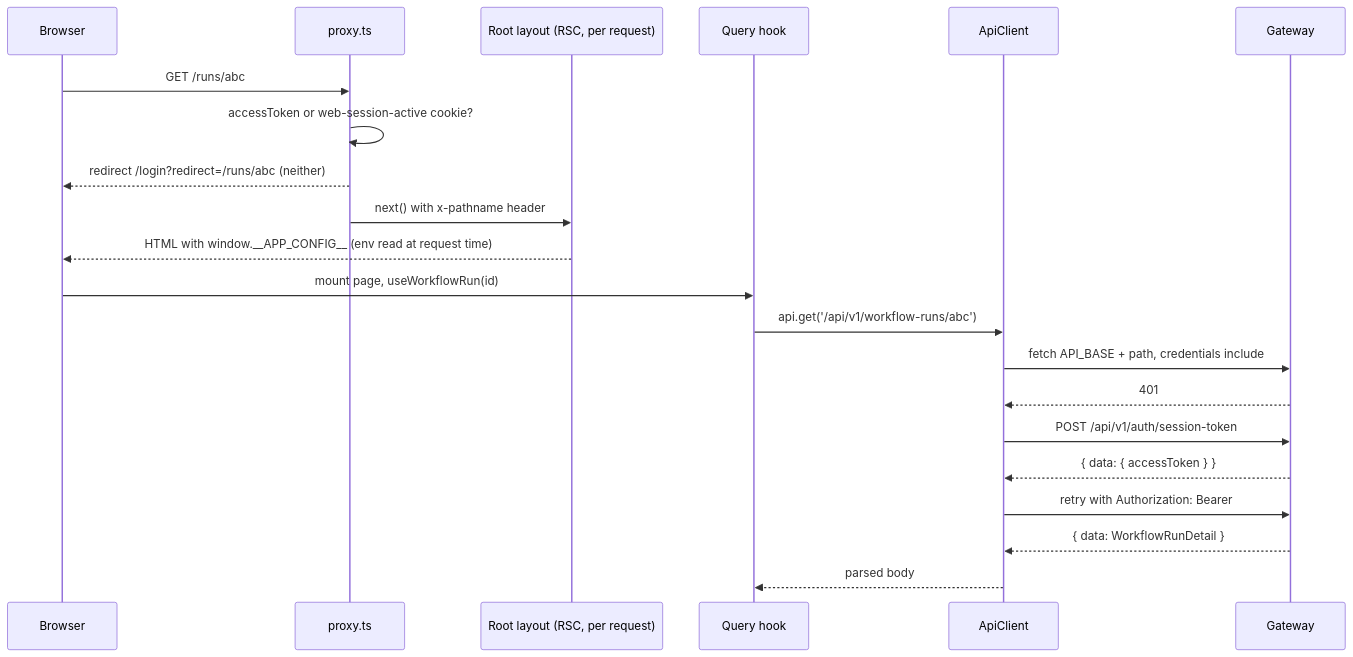
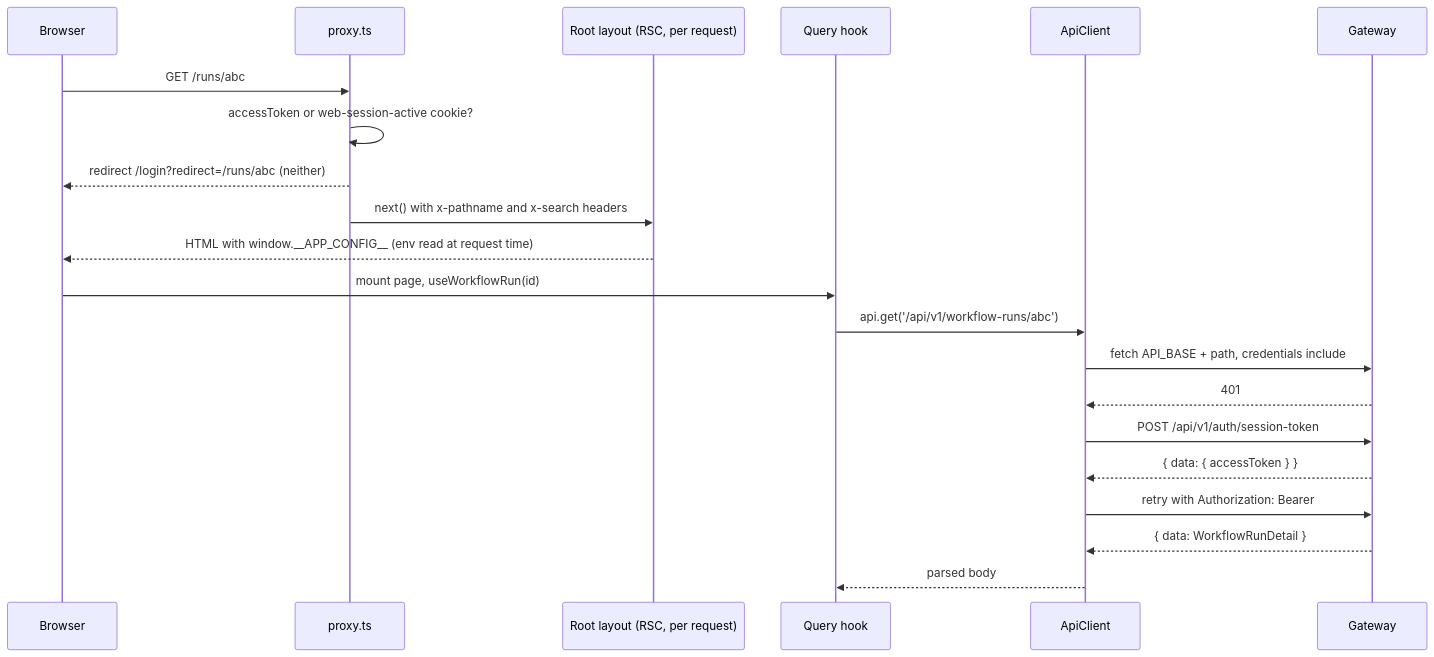
One commit to yorch/auto-swe changed the second of 2 diagrams in wiki/5-web-dashboard.md. Above: the diagram before and after it, drawn with Mermaid. The commit also changed other lines of this file and 28 other files, not shown here.

````diff
--- a/wiki/5-web-dashboard.md
+++ b/wiki/5-web-dashboard.md
@@ -164,24 +185,24 @@
 ```mermaid
 sequenceDiagram
     participant B as Browser
     participant P as proxy.ts
     participant L as Root layout (RSC, per request)
     participant H as Query hook
     participant A as ApiClient
     participant G as Gateway
 
     B->>P: GET /runs/abc
     P->>P: accessToken or web-session-active cookie?
     P-->>B: redirect /login?redirect=/runs/abc (neither)
-    P->>L: next() with x-pathname header
+    P->>L: next() with x-pathname and x-search headers
     L-->>B: HTML with window.__APP_CONFIG__ (env read at request time)
     B->>H: mount page, useWorkflowRun(id)
     H->>A: api.get('/api/v1/workflow-runs/abc')
     A->>G: fetch API_BASE + path, credentials include
     G-->>A: 401
     A->>G: POST /api/v1/auth/session-token
     G-->>A: { data: { accessToken } }
     A->>G: retry with Authorization: Bearer
     G-->>A: { data: WorkflowRunDetail }
     A-->>H: parsed body
 ```
````
